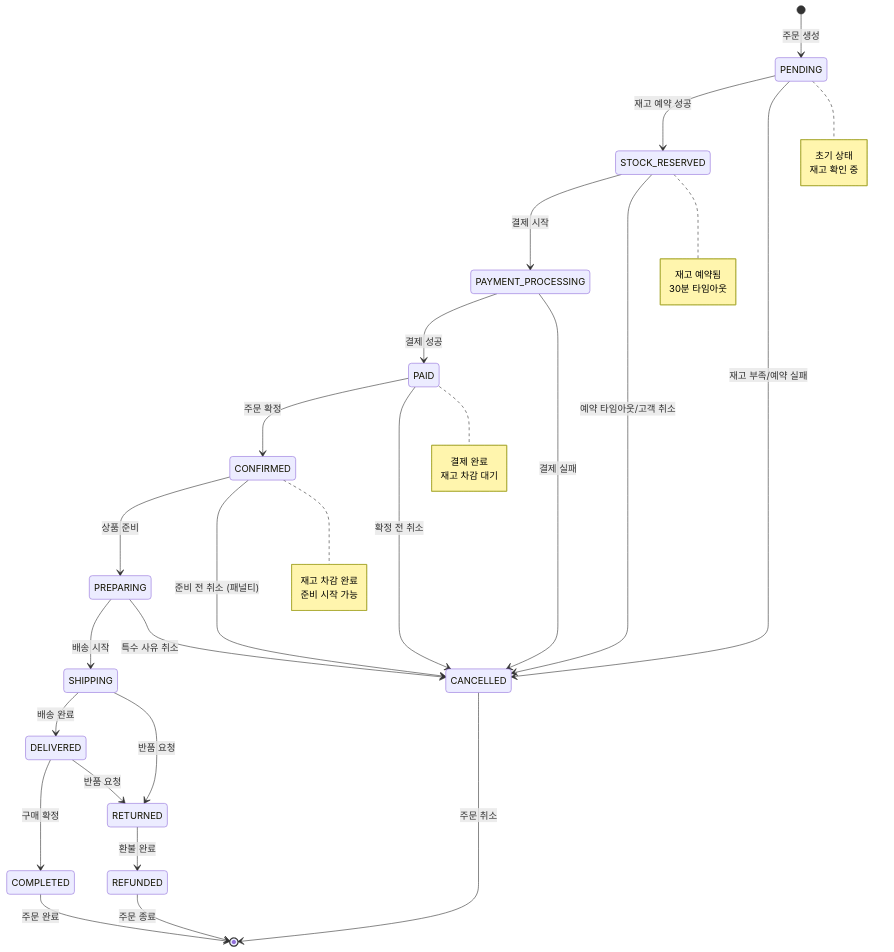
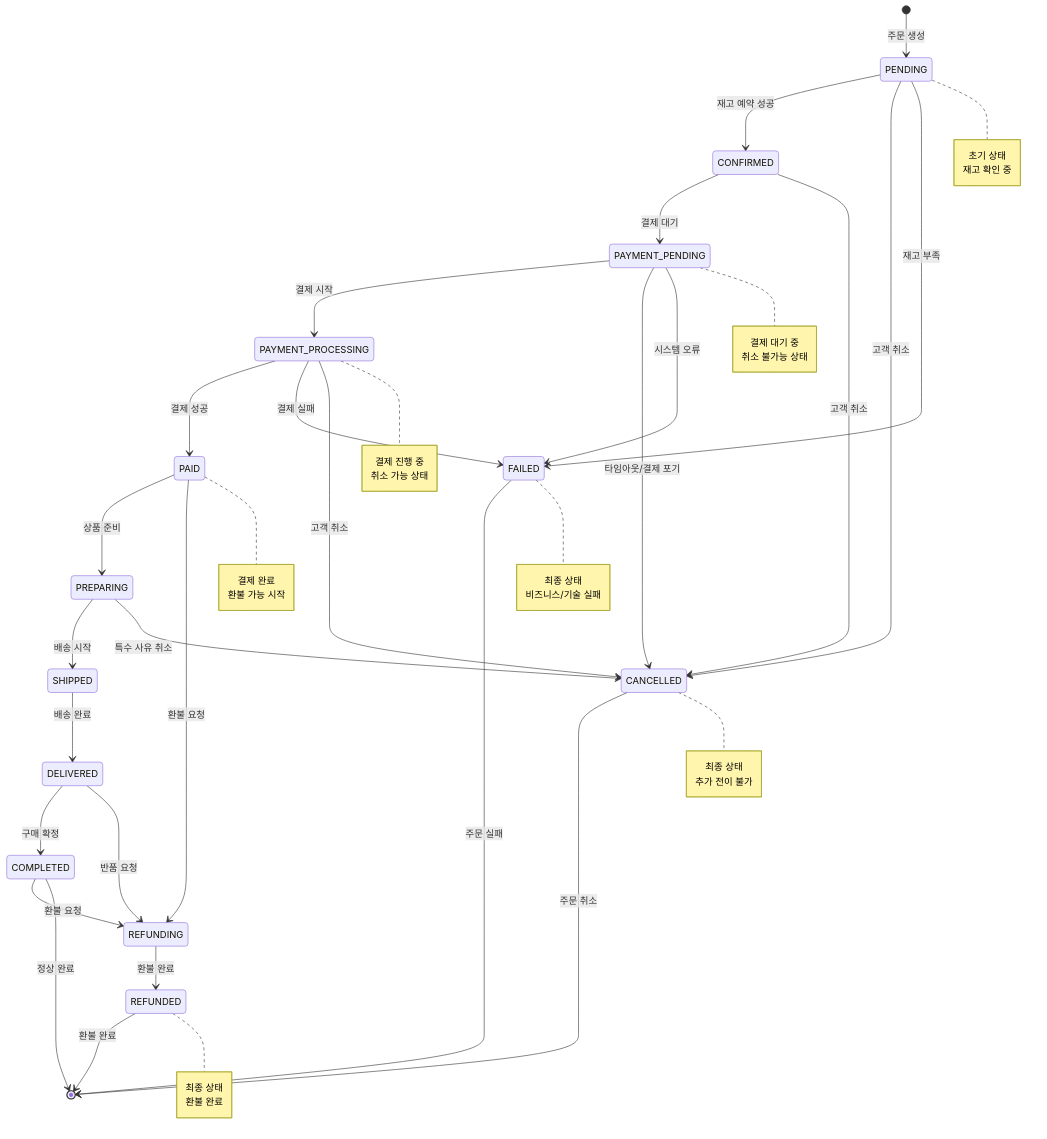
Before and after one commit to je1113/JavaBackendHighTraffic: the first of 5 diagrams in projects/ecommerce-microservices/docs/Order-Lifecycle-Diagram.md, drawn with Mermaid. The commit also changed other lines of this file and 18 other files, not shown here.

````diff
--- a/projects/ecommerce-microservices/docs/Order-Lifecycle-Diagram.md
+++ b/projects/ecommerce-microservices/docs/Order-Lifecycle-Diagram.md
@@ -5,53 +5,74 @@
 ```mermaid
 stateDiagram-v2
     [*] --> PENDING: 주문 생성
     
-    PENDING --> STOCK_RESERVED: 재고 예약 성공
-    PENDING --> CANCELLED: 재고 부족/예약 실패
+    PENDING --> CONFIRMED: 재고 예약 성공
+    PENDING --> CANCELLED: 고객 취소
+    PENDING --> FAILED: 재고 부족
     
-    STOCK_RESERVED --> PAYMENT_PROCESSING: 결제 시작
-    STOCK_RESERVED --> CANCELLED: 예약 타임아웃/고객 취소
+    CONFIRMED --> PAYMENT_PENDING: 결제 대기
+    CONFIRMED --> CANCELLED: 고객 취소
+    
+    PAYMENT_PENDING --> PAYMENT_PROCESSING: 결제 시작
+    PAYMENT_PENDING --> CANCELLED: 타임아웃/결제 포기
+    PAYMENT_PENDING --> FAILED: 시스템 오류
     
     PAYMENT_PROCESSING --> PAID: 결제 성공
-    PAYMENT_PROCESSING --> CANCELLED: 결제 실패
+    PAYMENT_PROCESSING --> FAILED: 결제 실패
+    PAYMENT_PROCESSING --> CANCELLED: 고객 취소
     
-    PAID --> CONFIRMED: 주문 확정
-    PAID --> CANCELLED: 확정 전 취소
+    PAID --> PREPARING: 상품 준비
+    PAID --> REFUNDING: 환불 요청
     
-    CONFIRMED --> PREPARING: 상품 준비
-    CONFIRMED --> CANCELLED: 준비 전 취소 (패널티)
-    
-    PREPARING --> SHIPPING: 배송 시작
+    PREPARING --> SHIPPED: 배송 시작
     PREPARING --> CANCELLED: 특수 사유 취소
     
-    SHIPPING --> DELIVERED: 배송 완료
-    SHIPPING --> RETURNED: 반품 요청
+    SHIPPED --> DELIVERED: 배송 완료
     
     DELIVERED --> COMPLETED: 구매 확정
-    DELIVERED --> RETURNED: 반품 요청
+    DELIVERED --> REFUNDING: 반품 요청
     
-    COMPLETED --> [*]: 주문 완료
-    RETURNED --> REFUNDED: 환불 완료
-    REFUNDED --> [*]: 주문 종료
+    COMPLETED --> REFUNDING: 환불 요청
+    
+    REFUNDING --> REFUNDED: 환불 완료
+    
     CANCELLED --> [*]: 주문 취소
+    FAILED --> [*]: 주문 실패
+    REFUNDED --> [*]: 환불 완료
+    COMPLETED --> [*]: 정상 완료
     
     note right of PENDING
         초기 상태
         재고 확인 중
     end note
     
-    note right of STOCK_RESERVED
-        재고 예약됨
-        30분 타임아웃
+    note right of PAYMENT_PENDING
+        결제 대기 중
+        취소 불가능 상태
+    end note
+    
+    note right of PAYMENT_PROCESSING
+        결제 진행 중
+        취소 가능 상태
     end note
     
     note right of PAID
         결제 완료
-        재고 차감 대기
+        환불 가능 시작
     end note
     
-    note right of CONFIRMED
-        재고 차감 완료
-        준비 시작 가능
+    note right of CANCELLED
+        최종 상태
+        추가 전이 불가
+    end note
+    
+    note right of FAILED
+        최종 상태
+        비즈니스/기술 실패
+    end note
+    
+    note right of REFUNDED
+        최종 상태
+        환불 완료
     end note
 ```
````
